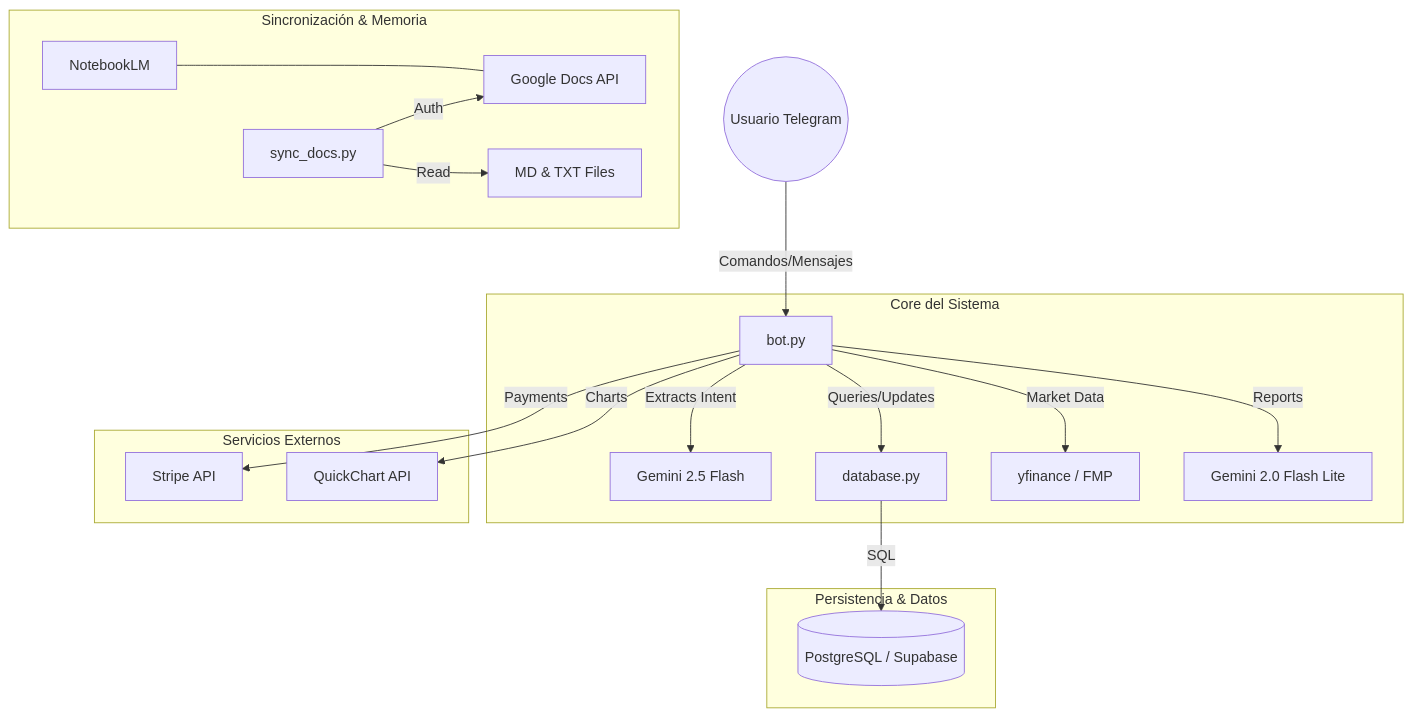
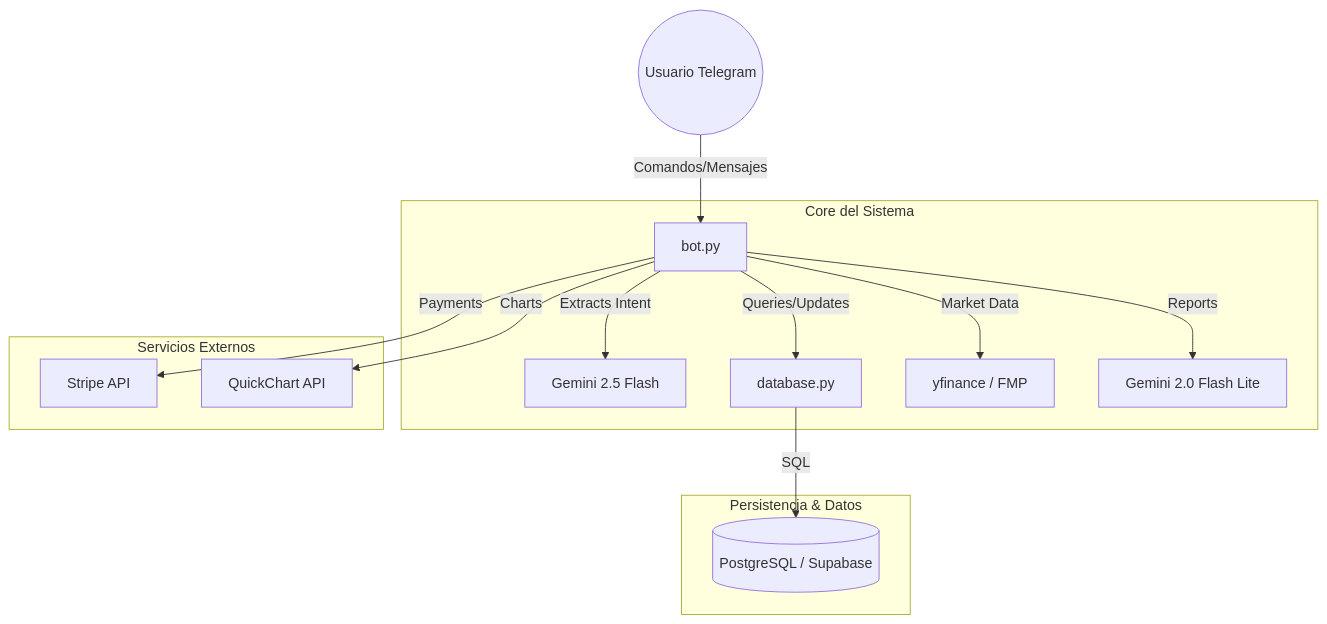
The diagram in MAPA_DEPENDENCIAS.md (antonioluisnavarrogrima-blip/TelegramFinanceBot), drawn with Mermaid before and after one commit. The commit also changed other lines of this file and 6 other files, not shown here.

Commit message:
fix: implement chart downsampling to avoid QuickChart limits and improve AlphaVantage data parsing robustness

````diff
--- a/MAPA_DEPENDENCIAS.md
+++ b/MAPA_DEPENDENCIAS.md
@@ -7,26 +7,20 @@
 ```mermaid
 graph TD
     User((Usuario Telegram)) -->|Comandos/Mensajes| Bot[bot.py]
     
     subgraph "Core del Sistema"
         Bot -->|Extracts Intent| Gemini25[Gemini 2.5 Flash]
         Bot -->|Queries/Updates| DB[database.py]
         Bot -->|Market Data| YF[yfinance / FMP]
         Bot -->|Reports| Gemini20[Gemini 2.0 Flash Lite]
     end
     
     subgraph "Persistencia & Datos"
         DB -->|SQL| Supabase[(PostgreSQL / Supabase)]
     end
     
-    subgraph "Sincronización & Memoria"
-        Sync[sync_docs.py] -->|Auth| GoogleDocsAPI[Google Docs API]
-        Sync -->|Read| Files[MD & TXT Files]
-        NotebookLM[NotebookLM] <--- GoogleDocsAPI
-    end
-    
     subgraph "Servicios Externos"
         Bot -->|Payments| Stripe[Stripe API]
         Bot -->|Charts| QuickChart[QuickChart API]
     end
 ```
````
